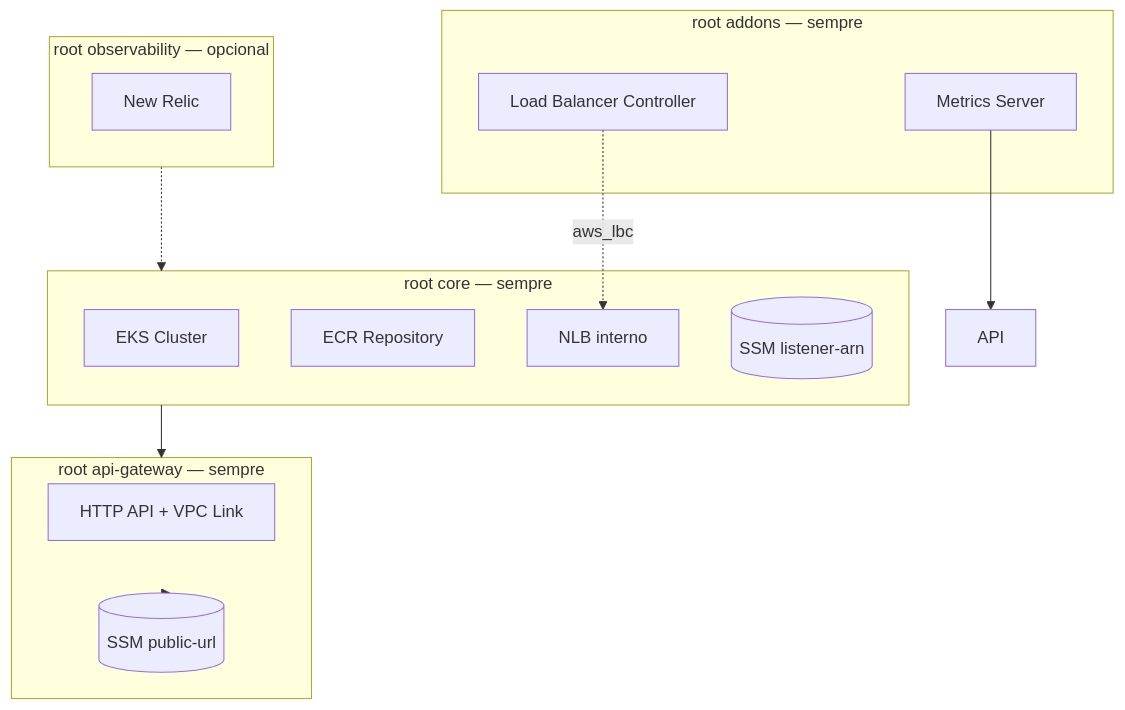
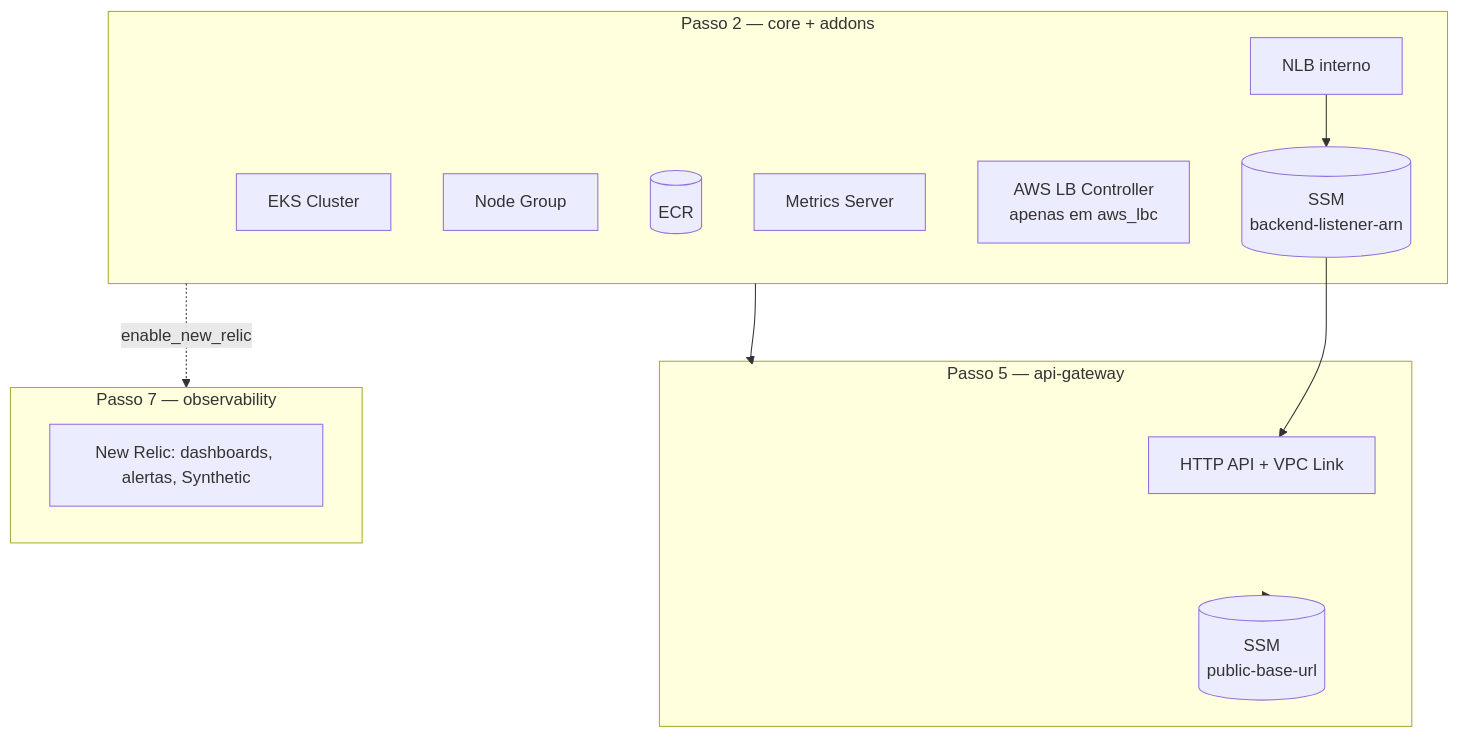
Before and after one commit to fabianorodrigues/oficina-infra-k8s: the second of 2 diagrams in README.md, drawn with Mermaid. The commit also changed other lines of this file, not shown here.

````diff
--- a/README.md
+++ b/README.md
@@ -52,25 +77,24 @@
 ```mermaid
 graph TB
-  subgraph CORE[root core — sempre]
+  subgraph CORE_ADDONS[Passo 2 — core + addons]
     EKS[EKS Cluster]
-    ECR[ECR Repository]
-    NLB_TF[NLB interno]
-    SSM1[(SSM listener-arn)]
+    NG[Node Group]
+    ECR[(ECR)]
+    NLB[NLB interno]
+    MS[Metrics Server]
+    LBC[AWS LB Controller<br/>apenas em aws_lbc]
+    SSM1[(SSM<br/>backend-listener-arn)]
   end
-  subgraph ADDONS[root addons — sempre]
-    MS[Metrics Server]
-    LBC[Load Balancer Controller]
+  subgraph APIGW[Passo 5 — api-gateway]
+    HTTP[HTTP API + VPC Link]
+    SSM2[(SSM<br/>public-base-url)]
   end
-  subgraph APIGW[root api-gateway — sempre]
-    HTTP[HTTP API + VPC Link]
-    SSM2[(SSM public-url)]
+  subgraph OBS[Passo 7 — observability]
+    NR[New Relic: dashboards, alertas, Synthetic]
   end
-  subgraph OBS[root observability — opcional]
-    NR[New Relic]
-  end
-  CORE --> APIGW
-  MS --> API
-  LBC -.aws_lbc.-> NLB_TF
+  CORE_ADDONS --> APIGW
   APIGW --> SSM2
-  OBS -.-> CORE
+  CORE_ADDONS -. enable_new_relic .-> OBS
+  NLB --> SSM1
+  SSM1 --> HTTP
 ```
````
